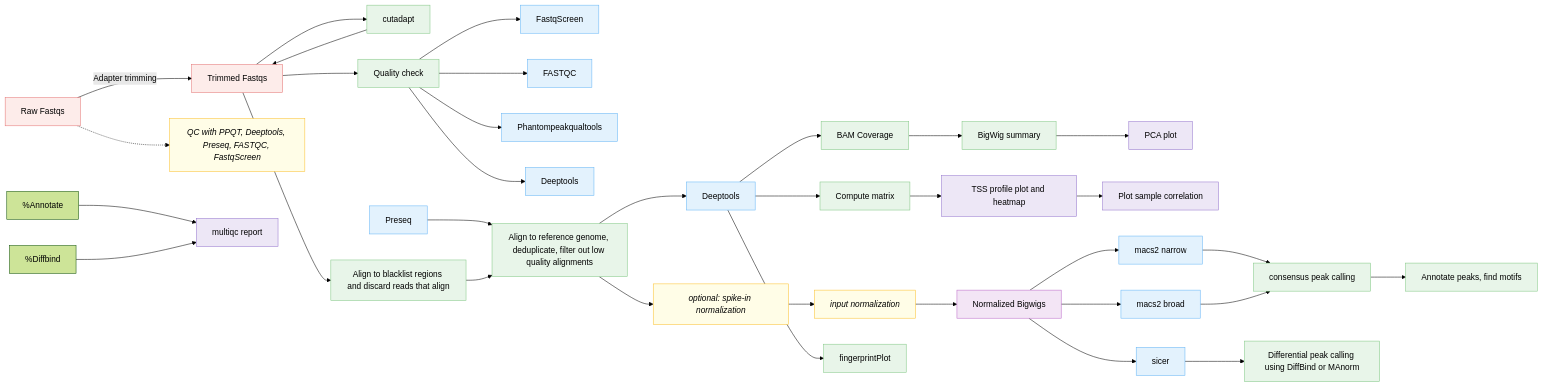
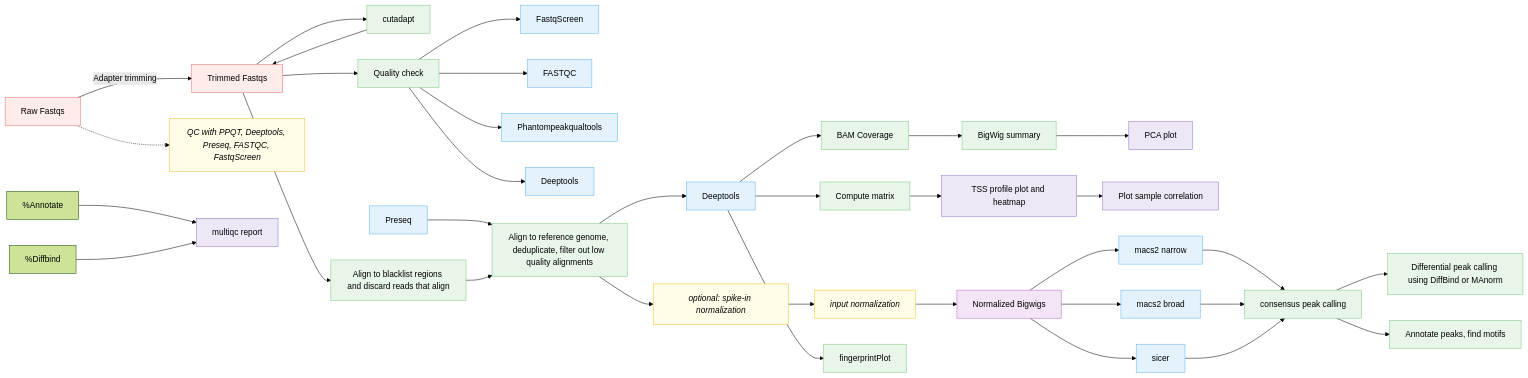
The second of 2 diagrams in docs/diagram/index.md (CCBR/CHAMPAGNE), drawn with Mermaid (forest theme) before and after one commit. The commit also changed other lines of this file, not shown here.

Commit message:
another update.

````diff
--- a/docs/diagram/index.md
+++ b/docs/diagram/index.md
@@ -84,69 +84,67 @@
 ```mermaid
 flowchart LR
 
 %% Input
 Raw["Raw Fastqs"]:::input -->|Adapter trimming| Trimmed["Trimmed Fastqs"]:::input
 Raw -.-> QCnote["QC with PPQT, Deeptools, Preseq, FASTQC, FastqScreen"]:::note
 Trimmed --> Cutadapt["cutadapt"]:::process
 Cutadapt --> Trimmed
 
 
 %% Quality Control
 Trimmed --> QC["Quality check"]:::process
 QC --> FastqScreen["FastqScreen"]:::tool
 QC --> FASTQC["FASTQC"]:::tool
 QC --> Phantom["Phantompeakqualtools"]:::tool
 QC --> Deeptools["Deeptools"]:::tool
 
 
 %% Blacklist filtering
 Trimmed --> Blacklist["Align to blacklist regions and discard reads that align"]:::process
 
 
 %% Preseq and alignment
 Preseq["Preseq"]:::tool --> Align["Align to reference genome, deduplicate, filter out low quality alignments"]:::process
 Blacklist --> Align
 
 
 %% Spike-in normalization (optional)
 Align --> Spike["optional: spike-in normalization"]:::note
 Spike --> InputNorm["input normalization"]:::note
 InputNorm --> NormBigwigs["Normalized Bigwigs"]:::data
 
 
 %% Deeptools steps
 Align --> Deeptools2["Deeptools"]:::tool
 Deeptools2 --> Matrix["Compute matrix"]:::process
 Deeptools2 --> BAMcov["BAM Coverage"]:::process
 Deeptools2 --> Fingerprint["fingerprintPlot"]:::process
 
 
 Matrix --> Heatmap["TSS profile plot and heatmap"]:::output
 BAMcov --> Bigwig["BigWig summary"]:::process
 Bigwig --> PCA["PCA plot"]:::output
 Heatmap --> Correlation["Plot sample correlation"]:::output
 
 
 %% Peak calling
 NormBigwigs --> MACS2narrow["macs2 narrow"]:::tool
 NormBigwigs --> MACS2broad["macs2 broad"]:::tool
 NormBigwigs --> SICER["sicer"]:::tool
-
 MACS2narrow --> Consensus["consensus peak calling"]:::process
 MACS2broad --> Consensus
-SICER --> Diffbind["Differential peak calling using DiffBind or MAnorm"]:::process
-
-
+SICER --> Consensus
+Consensus --> Diffbind["Differential peak calling using DiffBind or MAnorm"]:::process
 Consensus --> Annotate["Annotate peaks, find motifs"]:::process
 %Annotate --> MultiQC["multiqc report"]:::output
 %Diffbind --> MultiQC
 
 
 %% Styles
 classDef input fill:#fdecea,stroke:#e57373,stroke-width:1px;
 classDef process fill:#e8f5e9,stroke:#81c784,stroke-width:1px;
 classDef tool fill:#e3f2fd,stroke:#64b5f6,stroke-width:1px;
 classDef note fill:#fffde7,stroke:#fbc02d,stroke-width:1px,font-style:italic;
 classDef output fill:#ede7f6,stroke:#9575cd,stroke-width:1px;
 classDef data fill:#f3e5f5,stroke:#ba68c8,stroke-width:1px;
 ```
````
